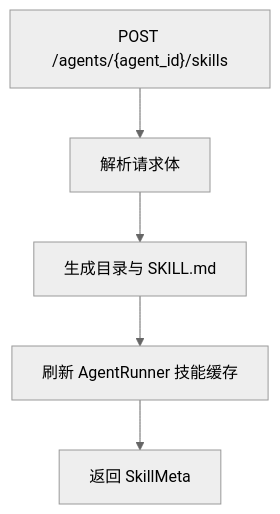
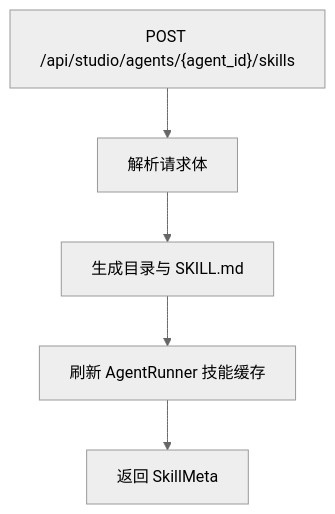
One commit to YU-JI-KUI/ark-agentic changed the seventh of 15 diagrams in repowiki/zh/content/API 接口文档/API 接口文档.md. Above: the diagram before and after it, drawn with Mermaid (neutral theme). The commit also changed other lines of this file and 116 other files, not shown here.

````diff
--- a/repowiki/zh/content/API 接口文档/API 接口文档.md
+++ b/repowiki/zh/content/API 接口文档/API 接口文档.md
@@ -320,7 +334,7 @@
 ```mermaid
 flowchart TD
-A["POST /agents/{agent_id}/skills"] --> B["解析请求体"]
+A["POST /api/studio/agents/{agent_id}/skills"] --> B["解析请求体"]
 B --> C["生成目录与 SKILL.md"]
 C --> D["刷新 AgentRunner 技能缓存"]
 D --> E["返回 SkillMeta"]
 ```
````
